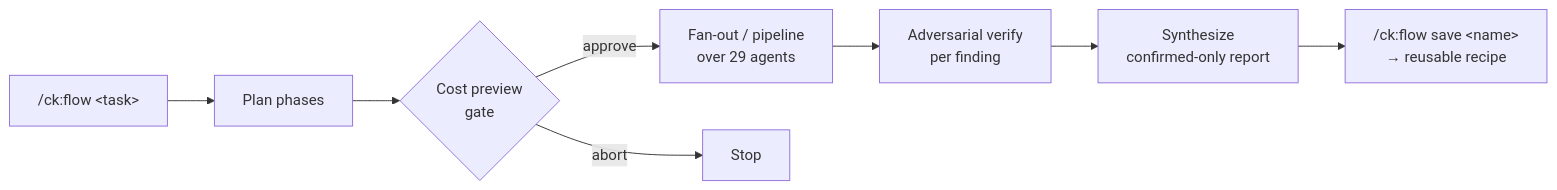
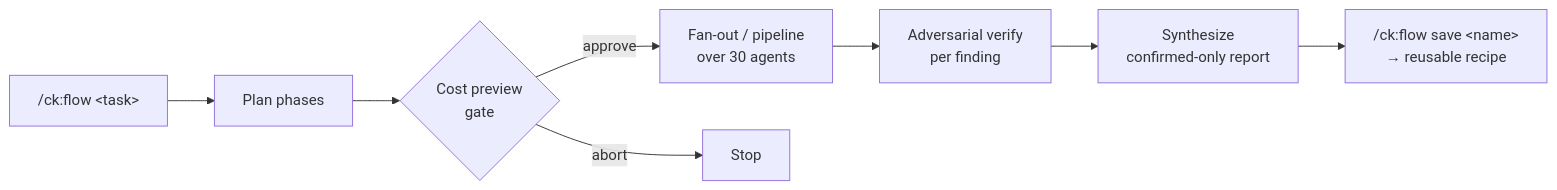
The ninth of 10 diagrams in README.md (trungdo9/ClauKit), drawn with Mermaid before and after one commit. The commit also changed other lines of this file and 78 other files, not shown here.

````diff
--- a/README.md
+++ b/README.md
@@ -322,10 +322,10 @@
 ```mermaid
 flowchart LR
     A["/ck:flow &lt;task&gt;"] --> B[Plan phases]
     B --> C{Cost preview<br/>gate}
-    C -->|approve| D[Fan-out / pipeline<br/>over 29 agents]
+    C -->|approve| D[Fan-out / pipeline<br/>over 30 agents]
     C -->|abort| Z[Stop]
     D --> E[Adversarial verify<br/>per finding]
     E --> F[Synthesize<br/>confirmed-only report]
     F --> G["/ck:flow save &lt;name&gt;<br/>→ reusable recipe"]
 ```
````
